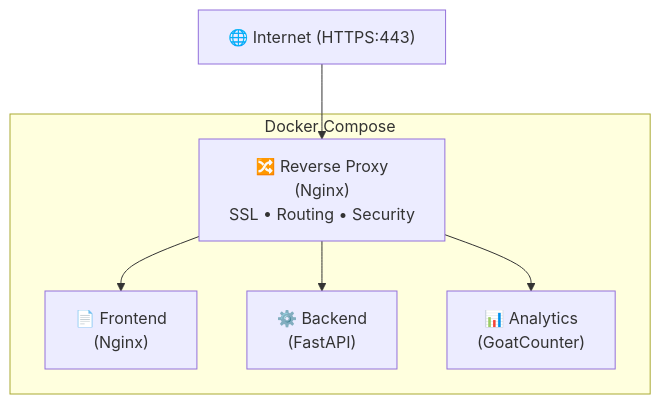
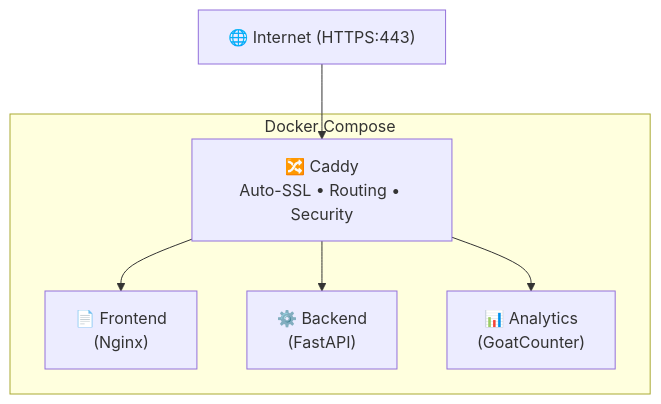
One commit to RobinNogues/my-cv changed the diagram in README.md. Above: the diagram before and after it, drawn with Mermaid. The commit also changed other lines of this file and 23 other files, not shown here.

First line of the commit message:
use caddy instead of nginx, add limiter on form API and simplify .env (#20)

````diff
--- a/README.md
+++ b/README.md
@@ -20,16 +20,16 @@
 ```mermaid
 flowchart TB
     Internet["🌐 Internet (HTTPS:443)"]
     
     subgraph Docker["Docker Compose"]
-        ReverseProxy["🔀 Reverse Proxy<br/>(Nginx)<br/>SSL • Routing • Security"]
+        Caddy["🔀 Caddy<br/>Auto-SSL • Routing • Security"]
         Frontend["📄 Frontend<br/>(Nginx)"]
         Backend["⚙️ Backend<br/>(FastAPI)"]
         Analytics["📊 Analytics<br/>(GoatCounter)"]
     end
     
-    Internet --> ReverseProxy
-    ReverseProxy --> Frontend
-    ReverseProxy --> Backend
-    ReverseProxy --> Analytics
+    Internet --> Caddy
+    Caddy --> Frontend
+    Caddy --> Backend
+    Caddy --> Analytics
 ```
````
